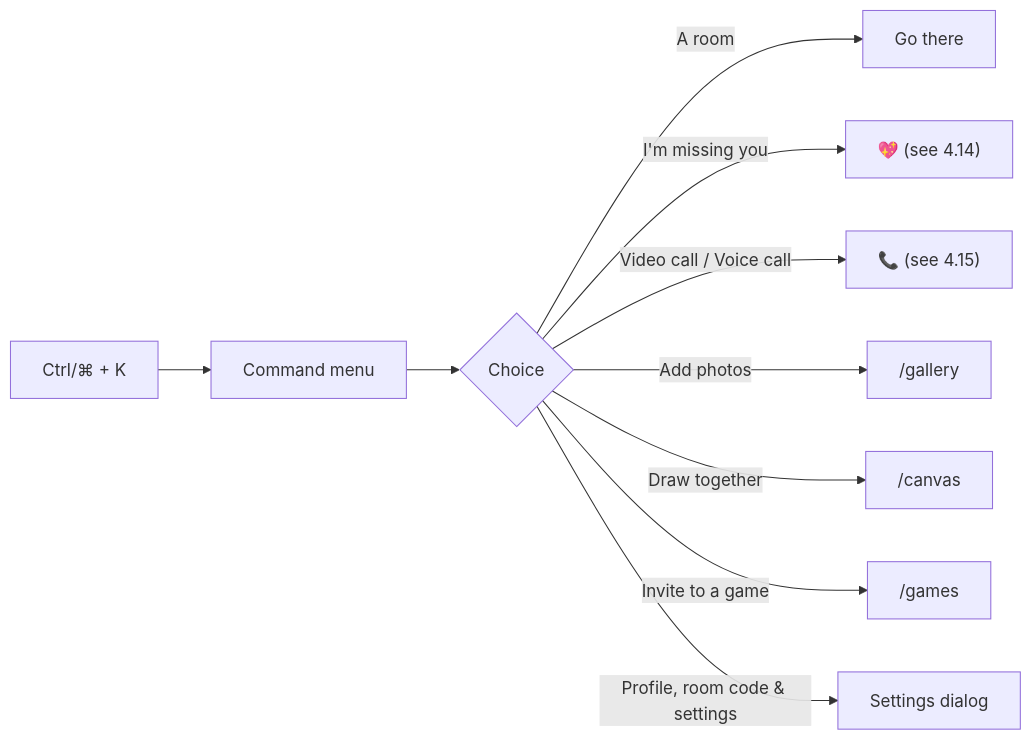
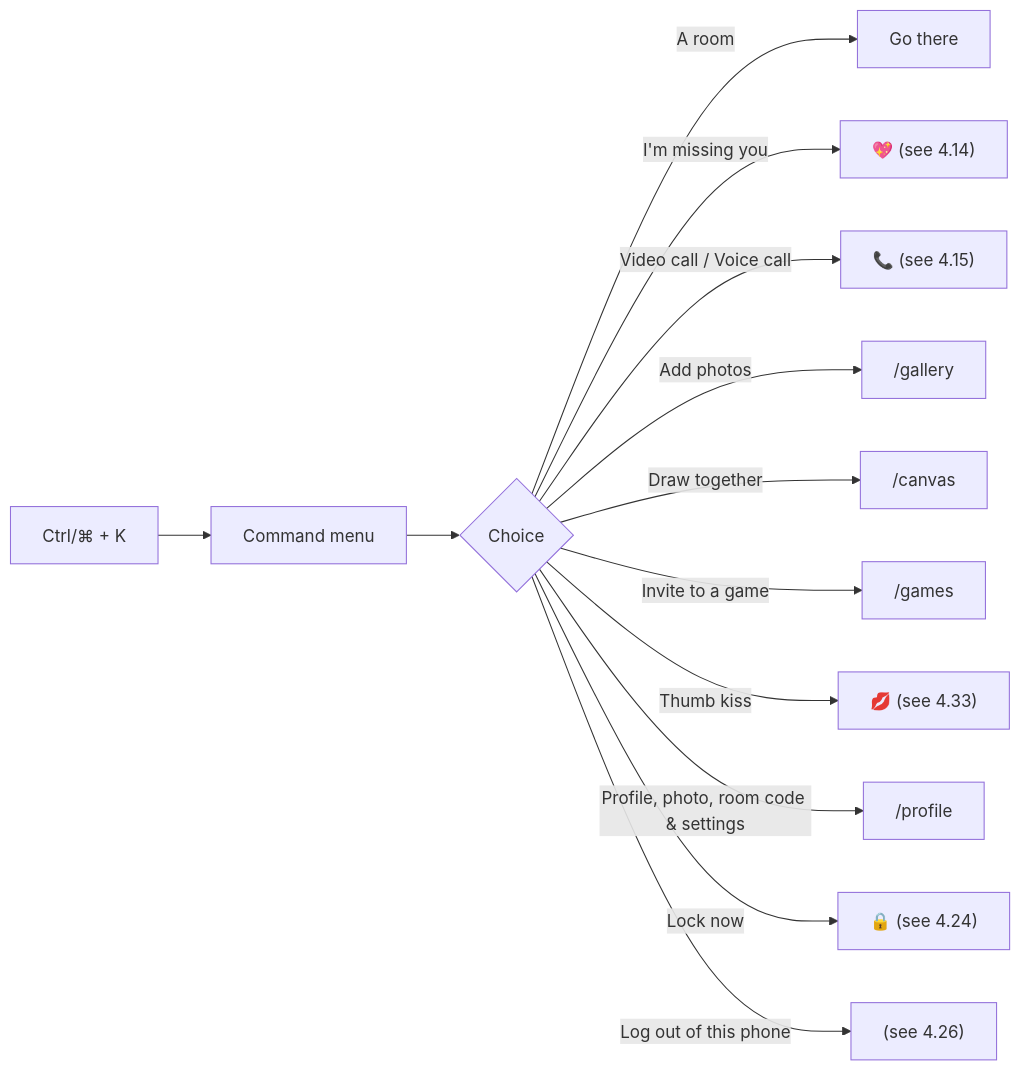
Diagram 28 of 34 in front-end/doc/04-flowcharts.md (silent-coder-dev/private-space), drawn with Mermaid before and after one commit. The commit also changed other lines of this file and 56 other files, not shown here.

````diff
--- a/front-end/doc/04-flowcharts.md
+++ b/front-end/doc/04-flowcharts.md
@@ -611,12 +624,15 @@
 ```mermaid
 flowchart LR
     A["Ctrl/⌘ + K"] --> B["Command menu"]
     B --> C{"Choice"}
     C -->|"A room"| D["Go there"]
     C -->|"I'm missing you"| E["💖 (see 4.14)"]
     C -->|"Video call / Voice call"| F["📞 (see 4.15)"]
     C -->|"Add photos"| G["/gallery"]
     C -->|"Draw together"| H["/canvas"]
     C -->|"Invite to a game"| I["/games"]
-    C -->|"Profile, room code & settings"| J["Settings dialog"]
+    C -->|"Thumb kiss"| K["💋 (see 4.33)"]
+    C -->|"Profile, photo, room code & settings"| J["/profile"]
+    C -->|"Lock now"| L["🔒 (see 4.24)"]
+    C -->|"Log out of this phone"| O["(see 4.26)"]
 ```
````
